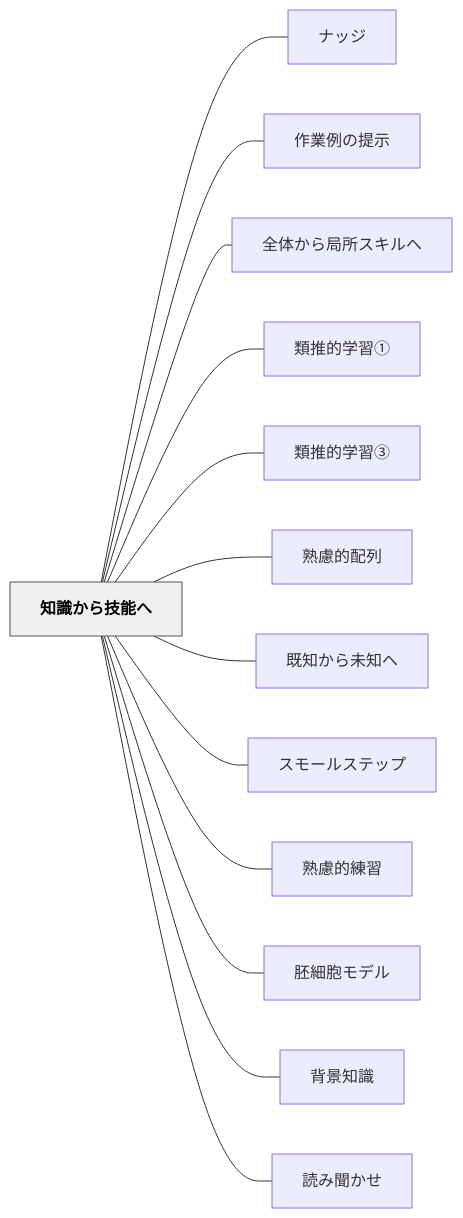
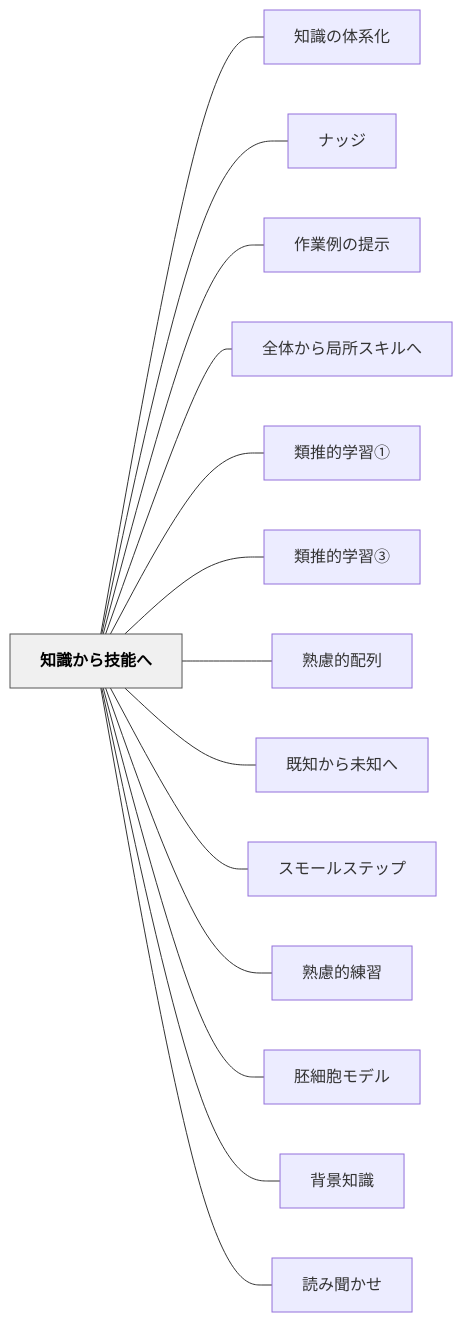
Before and after one commit to unknownthings-ed-patterns/unknownthings-ed-patterns: the diagram in content/パタン/知識から技能へ.md, drawn with Mermaid. The commit also changed other lines of this file and 185 other files, not shown here.

````diff
--- a/content/パタン/知識から技能へ.md
+++ b/content/パタン/知識から技能へ.md
@@ -198,32 +199,34 @@
 ```mermaid
 flowchart LR
     ne79fa5e8ad98e3818be38289e68a80e883bde381b8["知識から技能へ"]
+    ne79fa5e8ad98e381aee4bd93e7b3bbe58c96["知識の体系化"]
     ne3838ae38383e382b8["ナッジ"]
     ne4bd9ce6a5ade4be8be381aee68f90e7a4ba["作業例の提示"]
     ne585a8e4bd93e3818be38289e5b180e68980e382b9e382ade383abe381b8["全体から局所スキルへ"]
     ne9a19ee68ea8e79a84e5ada6e7bf92e291a0["類推的学習①"]
     ne9a19ee68ea8e79a84e5ada6e7bf92e291a2["類推的学習③"]
     ne7869fe685aee79a84e9858de58897["熟慮的配列"]
     ne697a2e79fa5e3818be38289e69caae79fa5e381b8["既知から未知へ"]
     ne382b9e383a2e383bce383abe382b9e38386e38383e38397["スモールステップ"]
     ne7869fe685aee79a84e7b7b4e7bf92["熟慮的練習"]
     ne8839ae7b4b0e8839ee383a2e38387e383ab["胚細胞モデル"]
     ne8838ce699afe79fa5e8ad98["背景知識"]
     ne8aaade381bfe8819ee3818be3819b["読み聞かせ"]
 
+    ne79fa5e8ad98e3818be38289e68a80e883bde381b8 --- ne79fa5e8ad98e381aee4bd93e7b3bbe58c96
     ne79fa5e8ad98e3818be38289e68a80e883bde381b8 --- ne3838ae38383e382b8
     ne79fa5e8ad98e3818be38289e68a80e883bde381b8 --- ne4bd9ce6a5ade4be8be381aee68f90e7a4ba
     ne79fa5e8ad98e3818be38289e68a80e883bde381b8 --- ne585a8e4bd93e3818be38289e5b180e68980e382b9e382ade383abe381b8
     ne79fa5e8ad98e3818be38289e68a80e883bde381b8 --- ne9a19ee68ea8e79a84e5ada6e7bf92e291a0
     ne79fa5e8ad98e3818be38289e68a80e883bde381b8 --- ne9a19ee68ea8e79a84e5ada6e7bf92e291a2
     ne79fa5e8ad98e3818be38289e68a80e883bde381b8 --- ne7869fe685aee79a84e9858de58897
     ne79fa5e8ad98e3818be38289e68a80e883bde381b8 --- ne697a2e79fa5e3818be38289e69caae79fa5e381b8
     ne79fa5e8ad98e3818be38289e68a80e883bde381b8 --- ne382b9e383a2e383bce383abe382b9e38386e38383e38397
     ne79fa5e8ad98e3818be38289e68a80e883bde381b8 --- ne7869fe685aee79a84e7b7b4e7bf92
     ne79fa5e8ad98e3818be38289e68a80e883bde381b8 --- ne8839ae7b4b0e8839ee383a2e38387e383ab
     ne79fa5e8ad98e3818be38289e68a80e883bde381b8 --- ne8838ce699afe79fa5e8ad98
     ne79fa5e8ad98e3818be38289e68a80e883bde381b8 --- ne8aaade381bfe8819ee3818be3819b
 
     classDef hub fill:#f0f0f0,stroke:#555,color:#000,font-weight:bold
     class ne79fa5e8ad98e3818be38289e68a80e883bde381b8 hub
 ```
````
